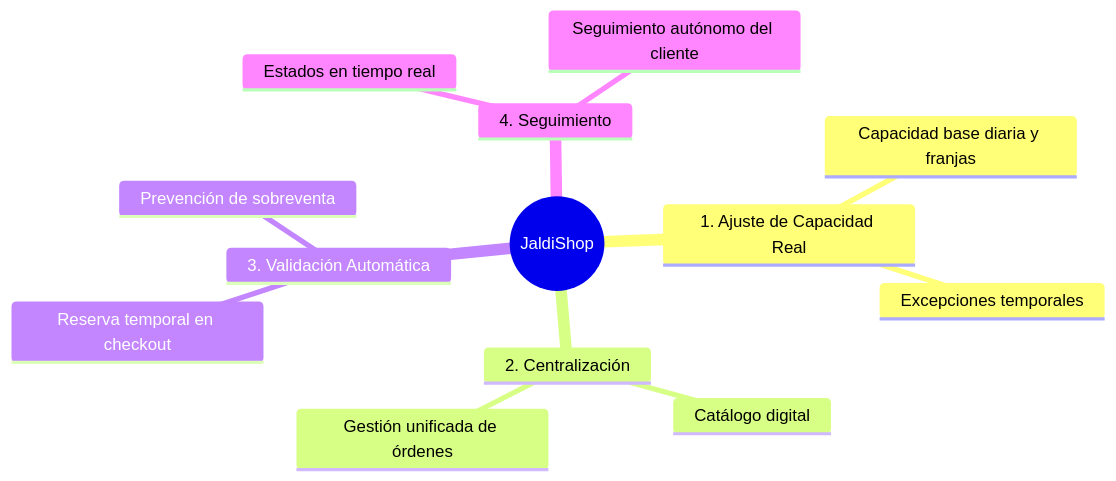
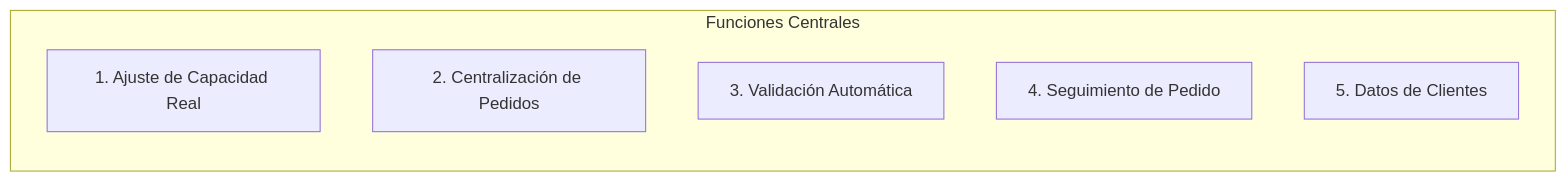
One commit to iJosueeh/jaldishop changed the second of 2 diagrams in docs/01-producto/propuesta.md. Above: the diagram before and after it, drawn with Mermaid. The commit also changed other lines of this file and 3 other files, not shown here.

````diff
--- a/docs/01-producto/propuesta.md
+++ b/docs/01-producto/propuesta.md
@@ -69,16 +68,10 @@
 ```mermaid
-mindmap
-  root((JaldiShop))
-    1. Ajuste de Capacidad Real
-      Capacidad base diaria y franjas
-      Excepciones temporales
-    2. Centralización
-      Catálogo digital
-      Gestión unificada de órdenes
-    3. Validación Automática
-      Reserva temporal en checkout
-      Prevención de sobreventa
-    4. Seguimiento
-      Estados en tiempo real
-      Seguimiento autónomo del cliente
+flowchart LR
+    subgraph FUNCIONES["Funciones Centrales"]
+        F1["1. Ajuste de Capacidad Real"]
+        F2["2. Centralización de Pedidos"]
+        F3["3. Validación Automática"]
+        F4["4. Seguimiento de Pedido"]
+        F5["5. Datos de Clientes"]
+    end
 ```
````
